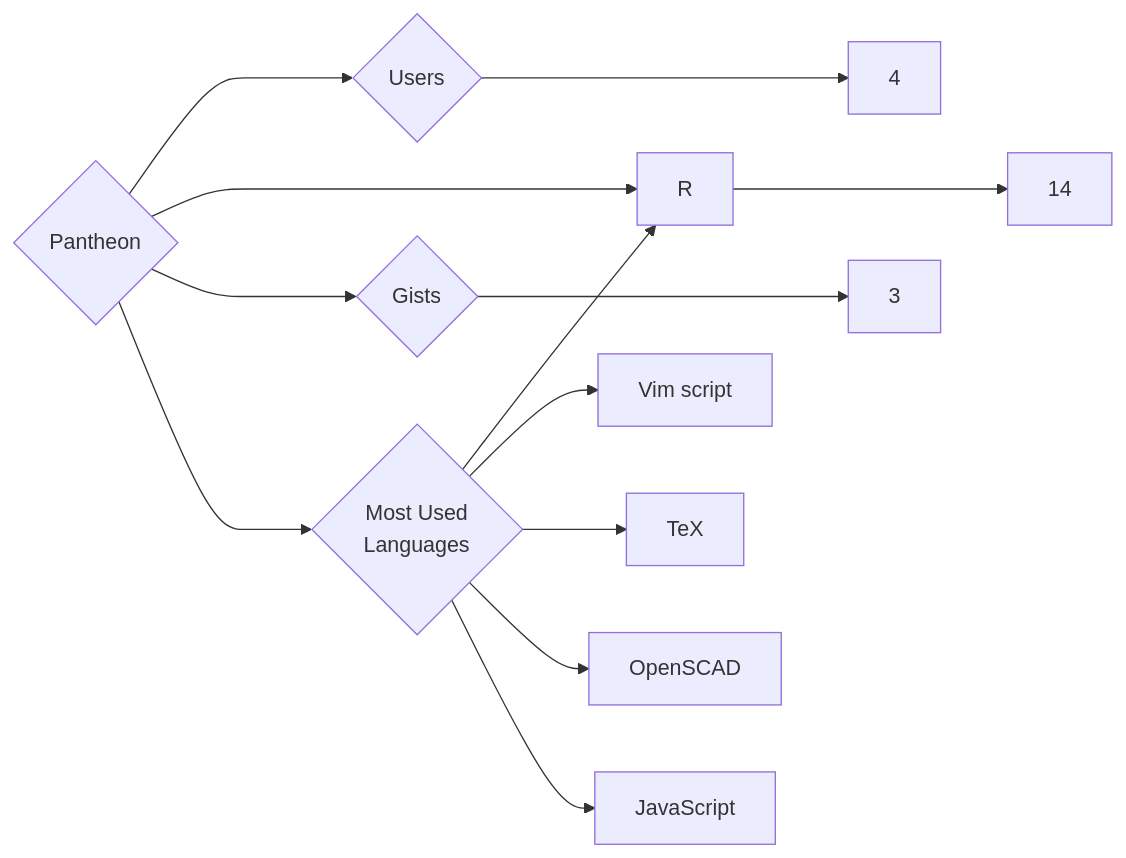
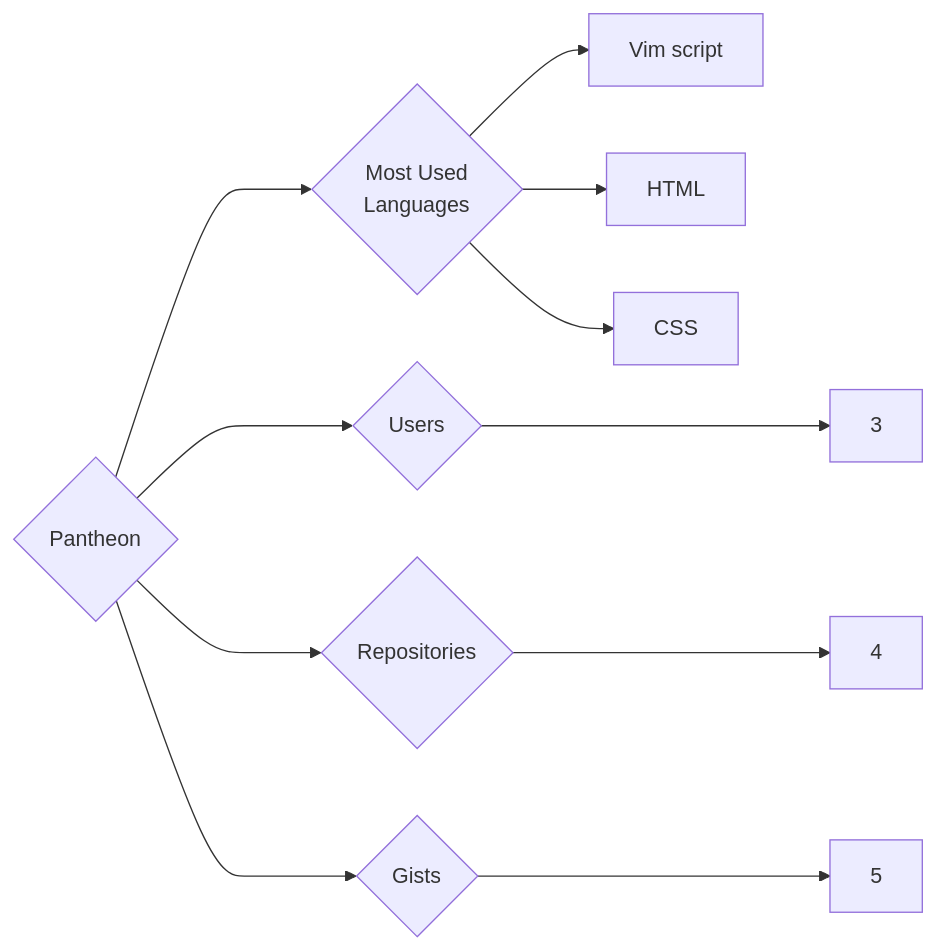
Before and after one commit to trickest/insiders: the diagram in targets/Pantheon/README.md, drawn with Mermaid. The commit also changed 860 other files, not shown here.

````diff
--- a/targets/Pantheon/README.md
+++ b/targets/Pantheon/README.md
@@ -3,13 +3,11 @@
 ```mermaid
 graph LR
 COMPANY_NAME{Pantheon}
-COMPANY_NAME ---> U{Users} ---> UN[4]
-COMPANY_NAME ---> R{Repositories} ---> RN[14]
-COMPANY_NAME ---> G{Gists} ---> GN[3]
+COMPANY_NAME ---> U{Users} ---> UN[3]
+COMPANY_NAME ---> R{Repositories} ---> RN[4]
+COMPANY_NAME ---> G{Gists} ---> GN[5]
 COMPANY_NAME ---> ML{Most Used<br>Languages}
-ML --> R[R]
 ML --> Vim_script[Vim script]
-ML --> TeX[TeX]
-ML --> OpenSCAD[OpenSCAD]
-ML --> JavaScript[JavaScript]
+ML --> HTML[HTML]
+ML --> CSS[CSS]
 ```
````
